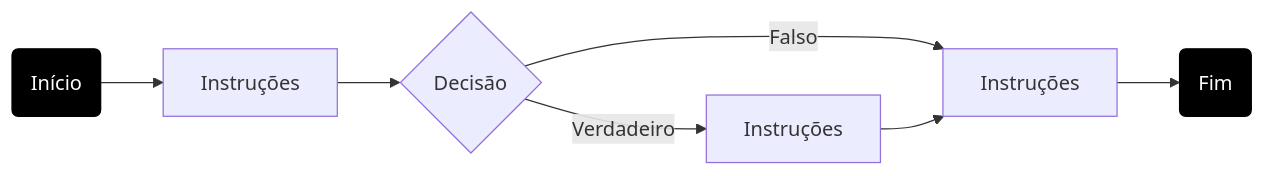
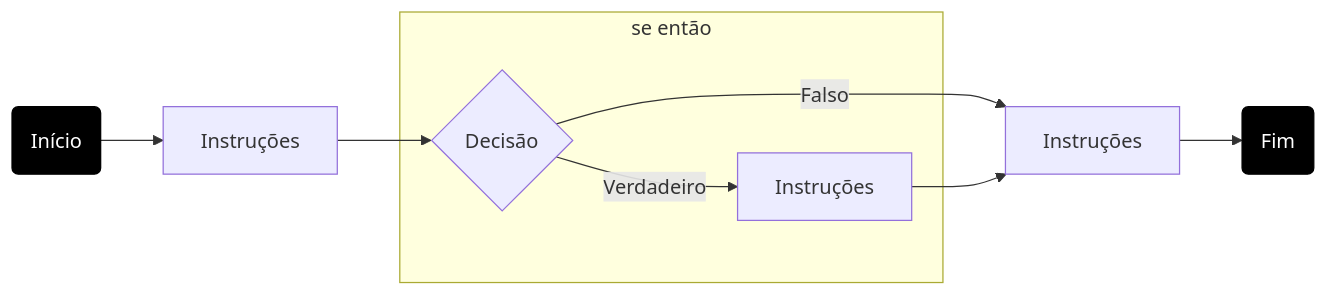
One commit to yuriMartinst/linguagem-java changed the first of 9 diagrams in 08.md. Above: the diagram before and after it, drawn with Mermaid. The commit also changed other lines of this file, not shown here.

````diff
--- a/08.md
+++ b/08.md
@@ -8,12 +8,14 @@
 ```mermaid
 flowchart LR
     inicio(Início) --> A
     A[Instruções] --> C{Decisão}
+    subgraph se então
     C -->|Verdadeiro| D[Instruções]
+    end
     C -->|Falso| F[Instruções]
     D --> F[Instruções]
     F --> fim(Fim)
 
 style inicio fill:#000,stroke:#000,color:#fff
 style fim fill:#000,stroke:#000,color:#fff
 ```
````
